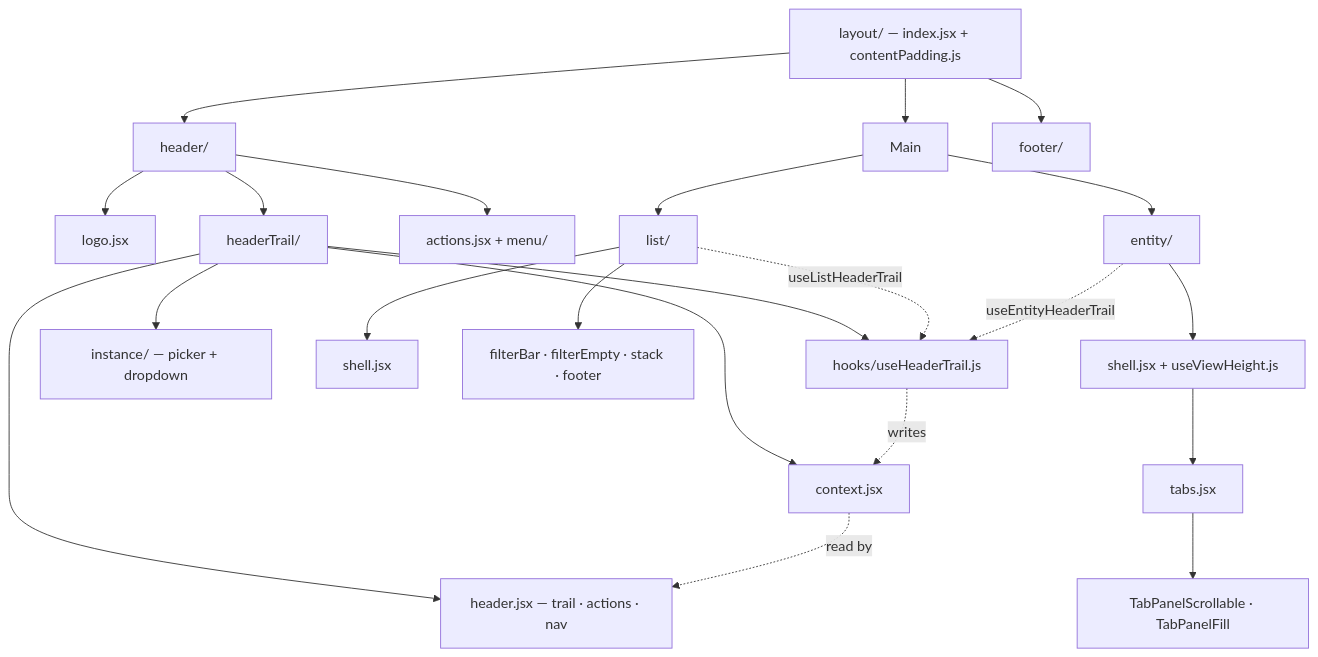
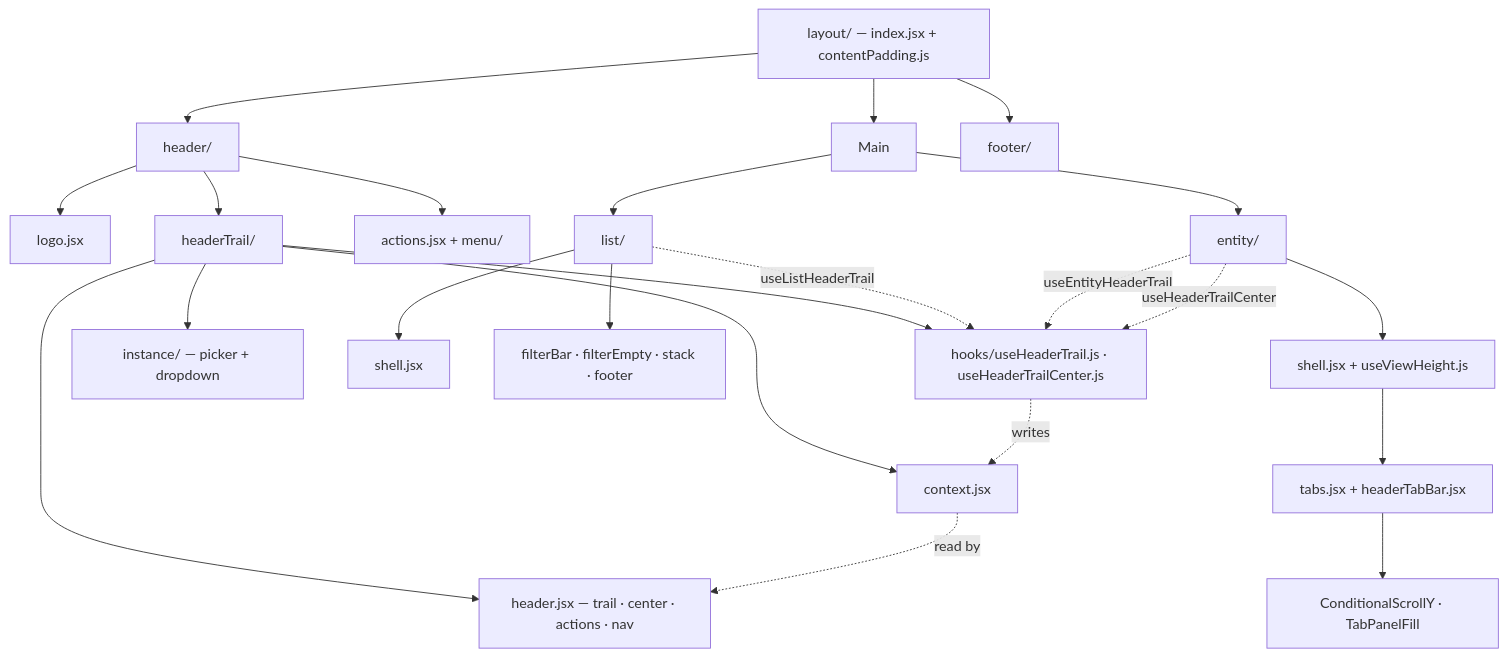
One commit to matiasbarrios/magical-mixing-console changed the diagram in docs/gui/LAYOUT.md. Above: the diagram before and after it, drawn with Mermaid. The commit also changed other lines of this file and 394 other files, not shown here.

````diff
--- a/docs/gui/LAYOUT.md
+++ b/docs/gui/LAYOUT.md
@@ -29,31 +29,32 @@
 ```mermaid
 flowchart TB
     Shell["layout/ — index.jsx + contentPadding.js"]
     Shell --> Header["header/"]
     Shell --> Main
     Shell --> Footer["footer/"]
 
     Header --> Logo["logo.jsx"]
     Header --> HeaderTrail["headerTrail/"]
     Header --> HeaderActions["actions.jsx + menu/"]
 
     HeaderTrail --> HTContext["context.jsx"]
-    HeaderTrail --> HTChrome["header.jsx — trail · actions · nav"]
-    HeaderTrail --> HTHooks["hooks/useHeaderTrail.js"]
+    HeaderTrail --> HTChrome["header.jsx — trail · center · actions · nav"]
+    HeaderTrail --> HTHooks["hooks/useHeaderTrail.js · useHeaderTrailCenter.js"]
     HeaderTrail --> InstancePicker["instance/ — picker + dropdown"]
 
     Main --> ListPage["list/"]
     Main --> EntityPage["entity/"]
 
     ListPage --> ListShell["shell.jsx"]
     ListPage --> ListKit["filterBar · filterEmpty · stack · footer"]
 
     EntityPage --> EntityShell["shell.jsx + useViewHeight.js"]
-    EntityShell --> EntityTabs["tabs.jsx"]
-    EntityTabs --> TabPanels["TabPanelScrollable · TabPanelFill"]
+    EntityShell --> EntityTabs["tabs.jsx + headerTabBar.jsx"]
+    EntityTabs --> TabPanels["ConditionalScrollY · TabPanelFill"]
 
     ListPage -.useListHeaderTrail.-> HTHooks
     EntityPage -.useEntityHeaderTrail.-> HTHooks
+    EntityPage -.useHeaderTrailCenter.-> HTHooks
     HTHooks -.writes.-> HTContext
     HTContext -.read by.-> HTChrome
 ```
````
